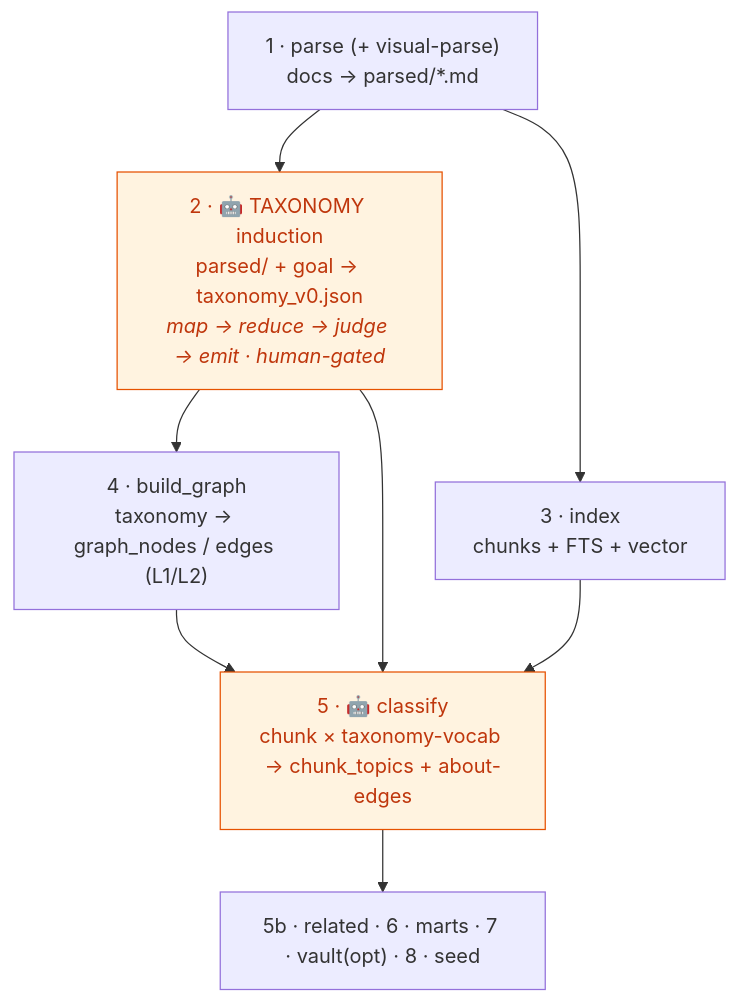
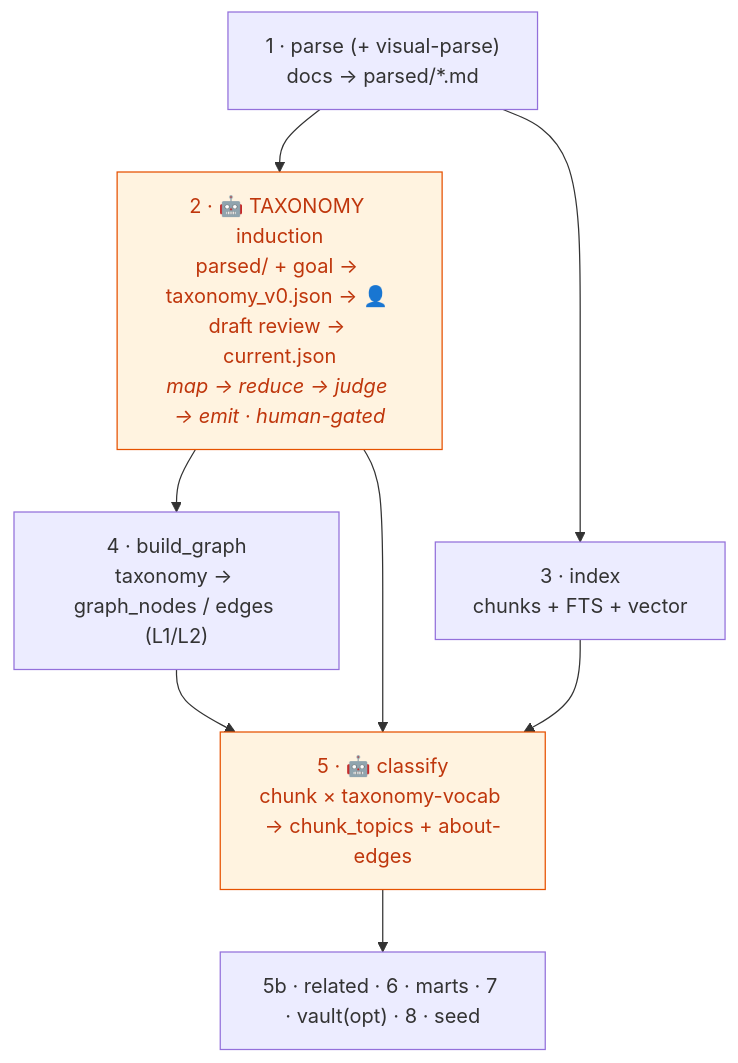
Before and after one commit to onetest-ai/applied_skills: the sixth of 7 diagrams in bundles/brain/README.md, drawn with Mermaid. The commit also changed other lines of this file and 58 other files, not shown here.

Commit message:
feat(brain): human-gated taxonomy review workbench with health review (#28)

````diff
--- a/bundles/brain/README.md
+++ b/bundles/brain/README.md
@@ -386,13 +388,13 @@
 ```mermaid
 flowchart TD
-    P["1 · parse (+ visual-parse)<br/>docs → parsed/*.md"] --> TX["2 · 🤖 TAXONOMY induction<br/>parsed/ + goal → taxonomy_v0.json<br/><i>map → reduce → judge → emit · human-gated</i>"]
+    P["1 · parse (+ visual-parse)<br/>docs → parsed/*.md"] --> TX["2 · 🤖 TAXONOMY induction<br/>parsed/ + goal → taxonomy_v0.json → 👤 draft review → current.json<br/><i>map → reduce → judge → emit · human-gated</i>"]
     P --> IDX["3 · index<br/>chunks + FTS + vector"]
     TX --> G["4 · build_graph<br/>taxonomy → graph_nodes / edges (L1/L2)"]
     TX --> CL["5 · 🤖 classify<br/>chunk × taxonomy-vocab → chunk_topics + about-edges"]
     IDX --> CL
     G --> CL
     CL --> R["5b · related · 6 · marts · 7 · vault(opt) · 8 · seed"]
 
     classDef ag fill:#fff3e0,stroke:#e65100,color:#bf360c;
     class TX,CL ag
 ```
````
